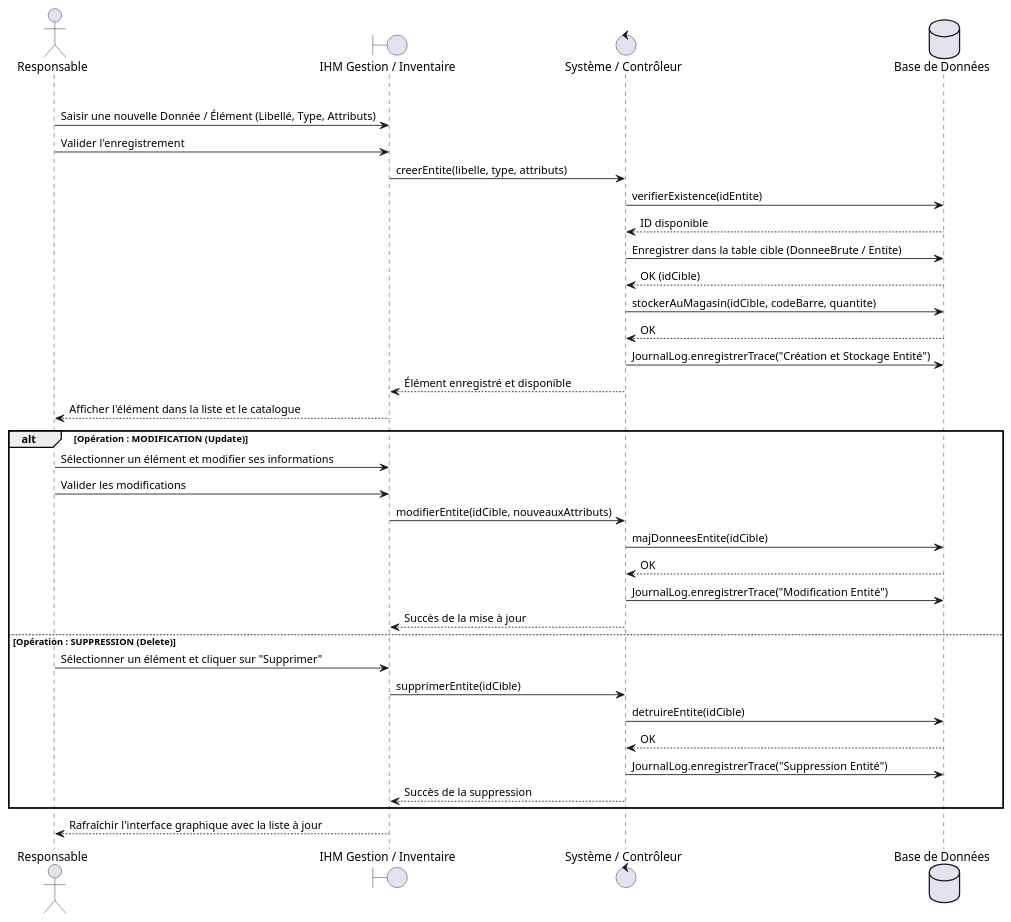
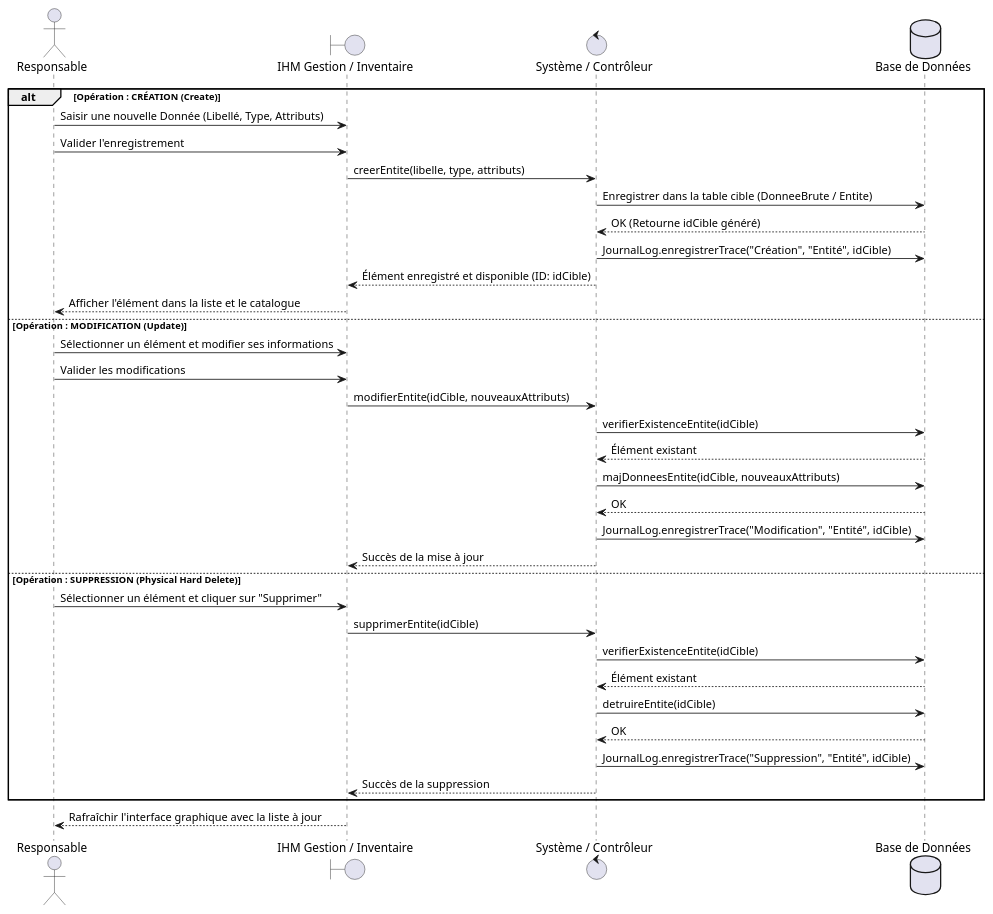
The diagram in docs_UML/seq_crud_universal.puml (HamdiMohamedAli/STEG-Immobilisation-Project), drawn with PlantUML before and after one commit. The commit also changed 23 other files, not shown here.

Commit message:
fixed uml elments

```diff
--- a/docs_UML/seq_crud_universal.puml
+++ b/docs_UML/seq_crud_universal.puml
@@ -1,41 +1,48 @@
 @startuml
 actor "Responsable" as Resp
 boundary "IHM Gestion / Inventaire" as IHM
 control "Système / Contrôleur" as Sys
 database "Base de Données" as BDD
 
 alt Opération : CRÉATION (Create)
-    Resp -> IHM: Saisir une nouvelle Donnée / Élément (Libellé, Type, Attributs)
+    Resp -> IHM: Saisir une nouvelle Donnée (Libellé, Type, Attributs)
     Resp -> IHM: Valider l'enregistrement
     IHM -> Sys: creerEntite(libelle, type, attributs)
-    Sys -> BDD: verifierExistence(idEntite)
-    BDD --> Sys: ID disponible
+    
+    ' Directly inserts the asset. Database engine generates the ID.
     Sys -> BDD: Enregistrer dans la table cible (DonneeBrute / Entite)
-    BDD --> Sys: OK (idCible)
+    BDD --> Sys: OK (Retourne idCible généré)
     
-    Sys -> BDD: stockerAuMagasin(idCible, codeBarre, quantite)
-    BDD --> Sys: OK
-    Sys -> BDD: JournalLog.enregistrerTrace("Création et Stockage Entité")
-    Sys --> IHM: Élément enregistré et disponible
+    Sys -> BDD: JournalLog.enregistrerTrace("Création", "Entité", idCible)
+    Sys --> IHM: Élément enregistré et disponible (ID: idCible)
     IHM --> Resp: Afficher l'élément dans la liste et le catalogue
 
-alt Opération : MODIFICATION (Update)
+else Opération : MODIFICATION (Update)
     Resp -> IHM: Sélectionner un élément et modifier ses informations
     Resp -> IHM: Valider les modifications
     IHM -> Sys: modifierEntite(idCible, nouveauxAttributs)
-    Sys -> BDD: majDonneesEntite(idCible)
+    
+    Sys -> BDD: verifierExistenceEntite(idCible)
+    BDD --> Sys: Élément existant
+    Sys -> BDD: majDonneesEntite(idCible, nouveauxAttributs)
     BDD --> Sys: OK
-    Sys -> BDD: JournalLog.enregistrerTrace("Modification Entité")
+    Sys -> BDD: JournalLog.enregistrerTrace("Modification", "Entité", idCible)
     Sys --> IHM: Succès de la mise à jour
 
-else Opération : SUPPRESSION (Delete)
+else Opération : SUPPRESSION (Physical Hard Delete)
     Resp -> IHM: Sélectionner un élément et cliquer sur "Supprimer"
     IHM -> Sys: supprimerEntite(idCible)
+    
+    Sys -> BDD: verifierExistenceEntite(idCible)
+    BDD --> Sys: Élément existant
+    
+    ' Physical hard delete execution
     Sys -> BDD: detruireEntite(idCible)
     BDD --> Sys: OK
-    Sys -> BDD: JournalLog.enregistrerTrace("Suppression Entité")
+    
+    Sys -> BDD: JournalLog.enregistrerTrace("Suppression", "Entité", idCible)
     Sys --> IHM: Succès de la suppression
 end
 
 IHM --> Resp: Rafraîchir l'interface graphique avec la liste à jour
 @enduml
```
